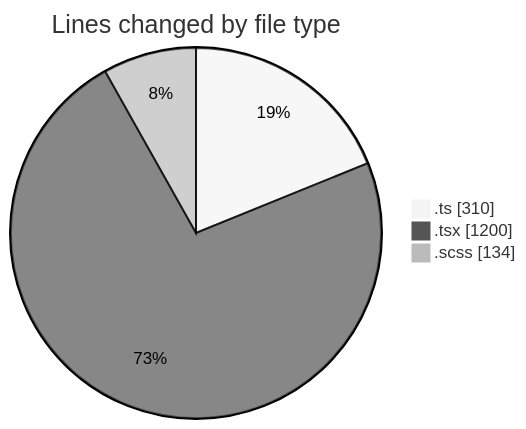
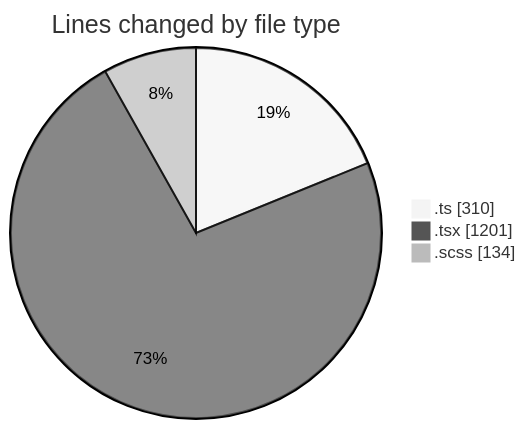
One commit to momahboobian/code-tracking changed the first of 2 diagrams in 2026-09-09/cda/README.md. Above: the diagram before and after it, drawn with Mermaid (neutral theme). The commit also changed other lines of this file and 1 other file, not shown here.

````diff
--- a/2026-09-09/cda/README.md
+++ b/2026-09-09/cda/README.md
@@ -34,7 +34,7 @@
 ```mermaid
 pie showData
 title Lines changed by file type
 ".ts" : 310
-".tsx" : 1200
+".tsx" : 1201
 ".scss" : 134
 ```
````
